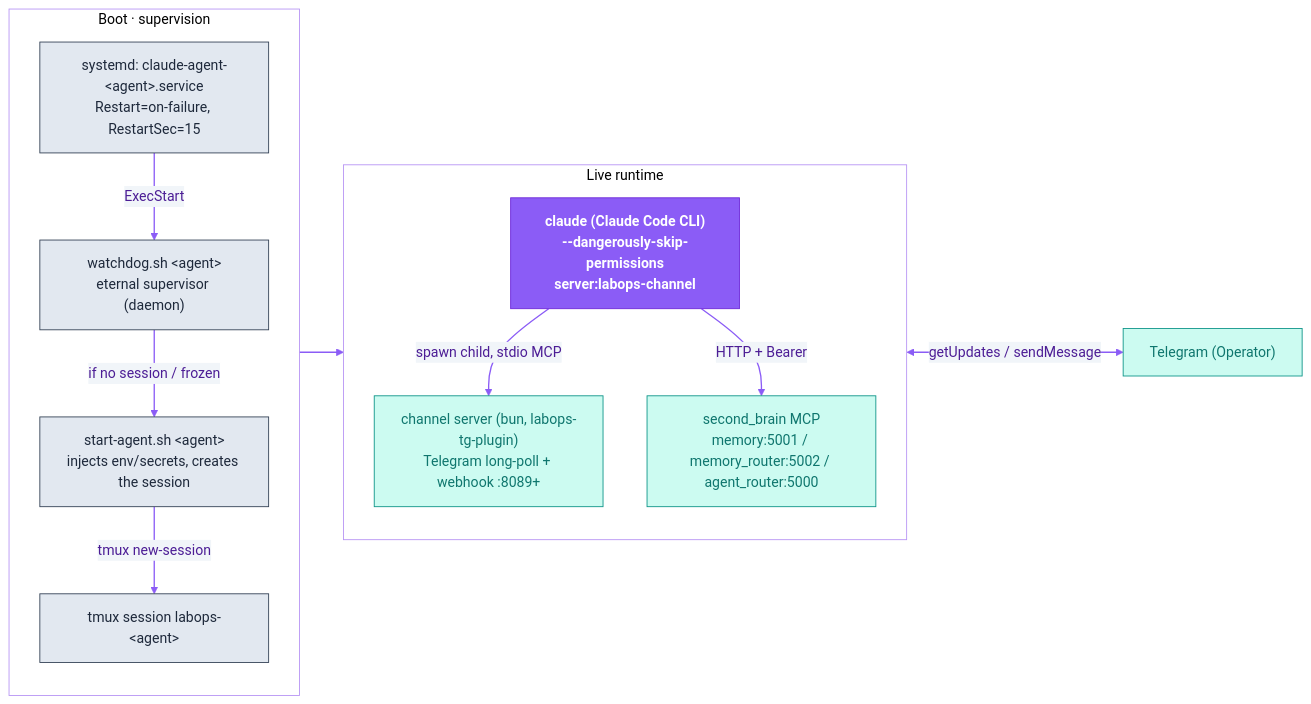
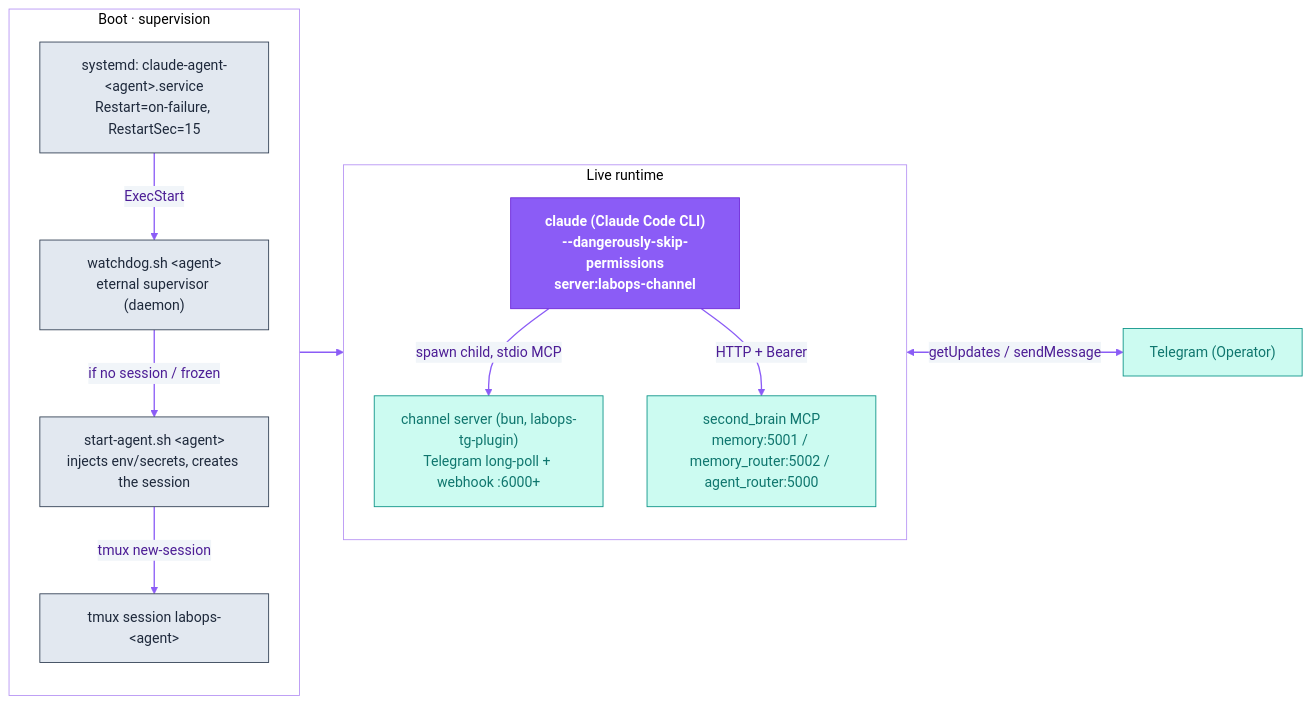
Before and after one commit to dediukhinpa/labops-agent-architecture: the second of 4 diagrams in README.md, drawn with Mermaid. The commit also changed other lines of this file and 7 other files, not shown here.

````diff
--- a/README.md
+++ b/README.md
@@ -135,32 +135,32 @@
 ```mermaid
 %%{init: {'theme':'base','themeVariables':{'primaryColor':'#EDE9FE','primaryTextColor':'#4C1D95','primaryBorderColor':'#8B5CF6','lineColor':'#8B5CF6','secondaryColor':'#F1F5F9','tertiaryColor':'#ffffff','clusterBkg':'transparent','clusterBorder':'#B794F4','fontFamily':'Helvetica,Arial,sans-serif'}}}%%
 flowchart LR
   subgraph boot["Boot · supervision"]
     direction TB
     SD["systemd: claude-agent-&lt;agent&gt;.service<br/>Restart=on-failure, RestartSec=15"]
     WD["watchdog.sh &lt;agent&gt;<br/>eternal supervisor (daemon)"]
     SA["start-agent.sh &lt;agent&gt;<br/>injects env/secrets, creates the session"]
     TM["tmux session labops-&lt;agent&gt;"]
     SD -->|ExecStart| WD
     WD -->|if no session / frozen| SA
     SA -->|tmux new-session| TM
   end
   subgraph live["Live runtime"]
     direction TB
     CC["claude (Claude Code CLI)<br/>--dangerously-skip-permissions<br/>server:labops-channel"]
-    BUN["channel server (bun, labops-tg-plugin)<br/>Telegram long-poll + webhook :8089+"]
+    BUN["channel server (bun, labops-tg-plugin)<br/>Telegram long-poll + webhook :6000+"]
     SB["second_brain MCP<br/>memory:5001 / memory_router:5002 / agent_router:5000"]
   end
   TM --> CC
   CC -->|spawn child, stdio MCP| BUN
   CC -->|HTTP + Bearer| SB
   BUN <-->|getUpdates / sendMessage| TG["Telegram (Operator)"]
   classDef brand fill:#8B5CF6,stroke:#6D28D9,color:#ffffff,font-weight:bold
   classDef ext fill:#CCFBF1,stroke:#0D9488,color:#0F766E
   classDef store fill:#FEF3C7,stroke:#D97706,color:#92400E
   classDef sys fill:#E2E8F0,stroke:#334155,color:#1E293B
   linkStyle default stroke:#8B5CF6,stroke-width:1.5px
   class CC brand
   class SD,WD,SA,TM sys
   class BUN,SB,TG ext
 ```
````
